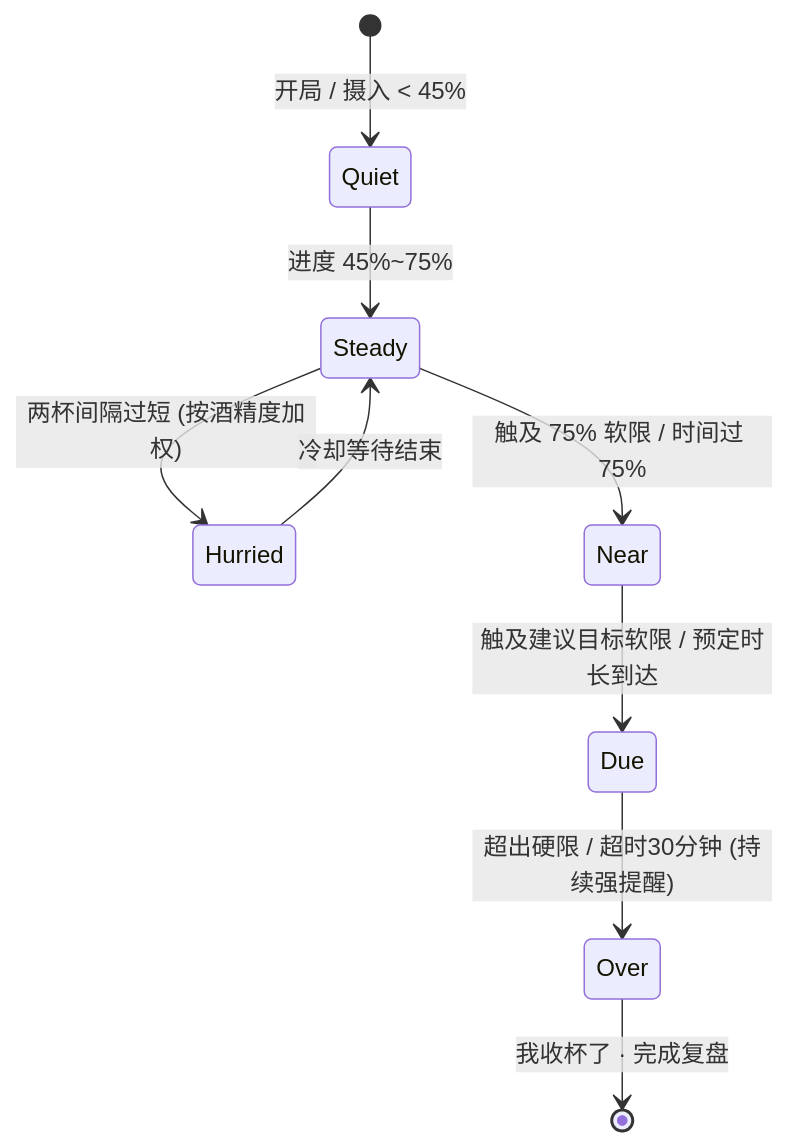
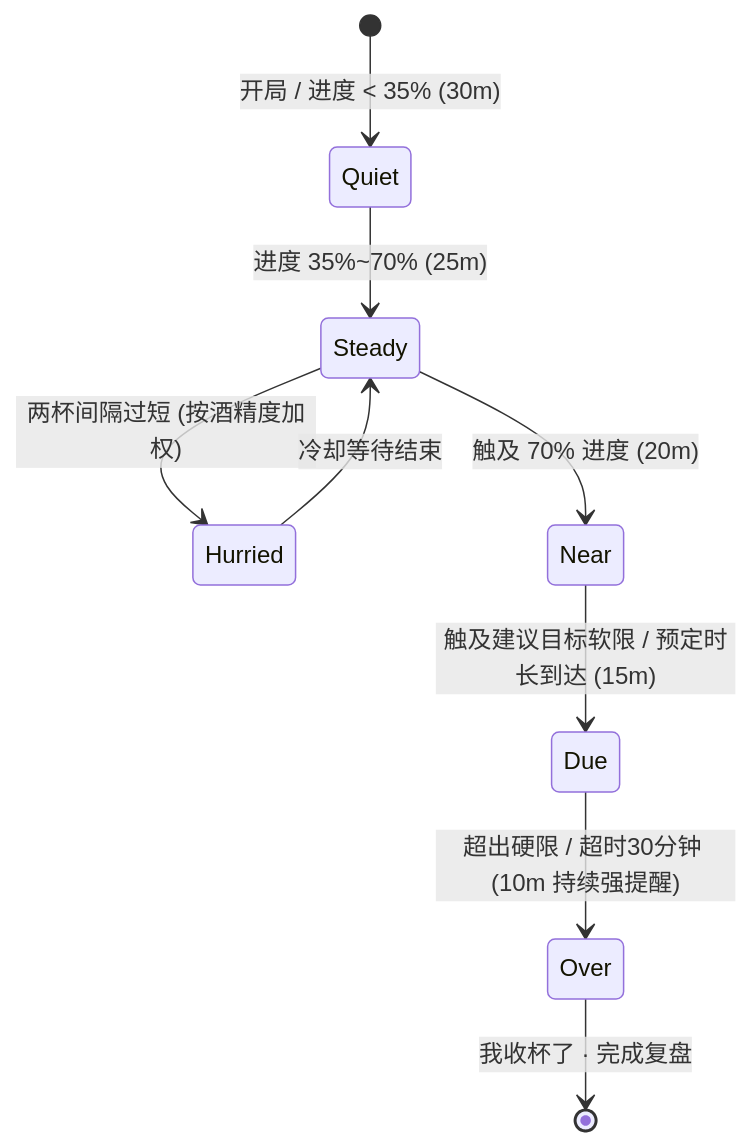
One commit to jhzhang09/TingBei changed the diagram in README.md. Above: the diagram before and after it, drawn with Mermaid. The commit also changed other lines of this file and 7 other files, not shown here.

````diff
--- a/README.md
+++ b/README.md
@@ -63,11 +63,11 @@
 ```mermaid
 stateDiagram-v2
-    [*] --> Quiet: 开局 / 摄入 < 45%
-    Quiet --> Steady: 进度 45%~75%
+    [*] --> Quiet: 开局 / 进度 < 35% (30m)
+    Quiet --> Steady: 进度 35%~70% (25m)
     Steady --> Hurried: 两杯间隔过短 (按酒精度加权)
     Hurried --> Steady: 冷却等待结束
-    Steady --> Near: 触及 75% 软限 / 时间过 75%
-    Near --> Due: 触及建议目标软限 / 预定时长到达
-    Due --> Over: 超出硬限 / 超时30分钟 (持续强提醒)
+    Steady --> Near: 触及 70% 进度 (20m)
+    Near --> Due: 触及建议目标软限 / 预定时长到达 (15m)
+    Due --> Over: 超出硬限 / 超时30分钟 (10m 持续强提醒)
     Over --> [*]: 我收杯了 · 完成复盘
 ```
````
